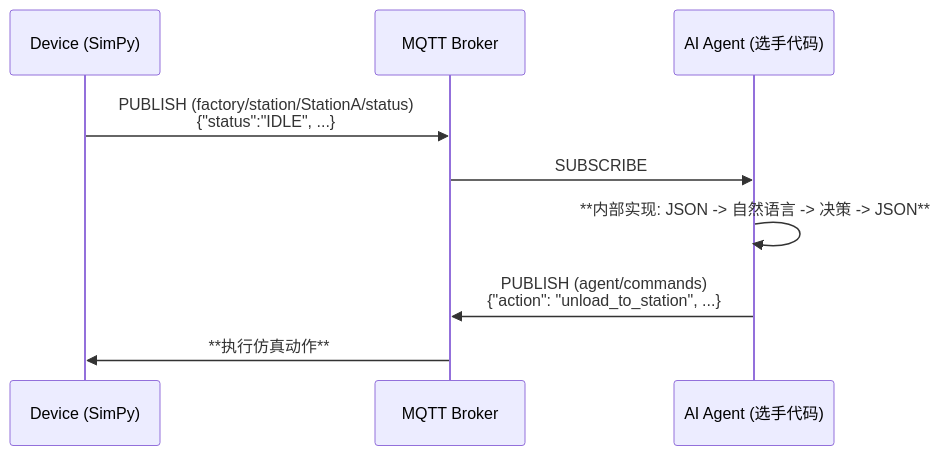
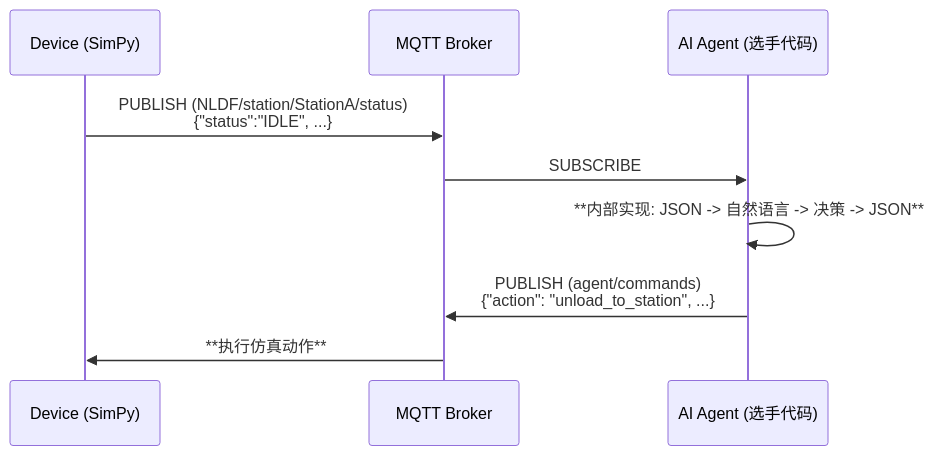
One commit to supcon-international/Industry-AI-Agent-Benchmark changed the second of 4 diagrams in PRD 3.4.md. Above: the diagram before and after it, drawn with Mermaid. The commit also changed other lines of this file and 12 other files, not shown here.

````diff
--- a/PRD 3.4.md
+++ b/PRD 3.4.md
@@ -338,12 +359,12 @@
 ```mermaid
 sequenceDiagram
     participant D as Device (SimPy)
     participant M as MQTT Broker
     participant A as AI Agent (选手代码)
 
-    D->>M: PUBLISH (factory/station/StationA/status)<br>{"status":"IDLE", ...}
+    D->>M: PUBLISH (NLDF/station/StationA/status)<br>{"status":"IDLE", ...}
     M->>A: SUBSCRIBE
     A->>A: **内部实现: JSON -> 自然语言 -> 决策 -> JSON**
     A->>M: PUBLISH (agent/commands)<br>{"action": "unload_to_station", ...}
     M->>D: **执行仿真动作**
 ```
````
